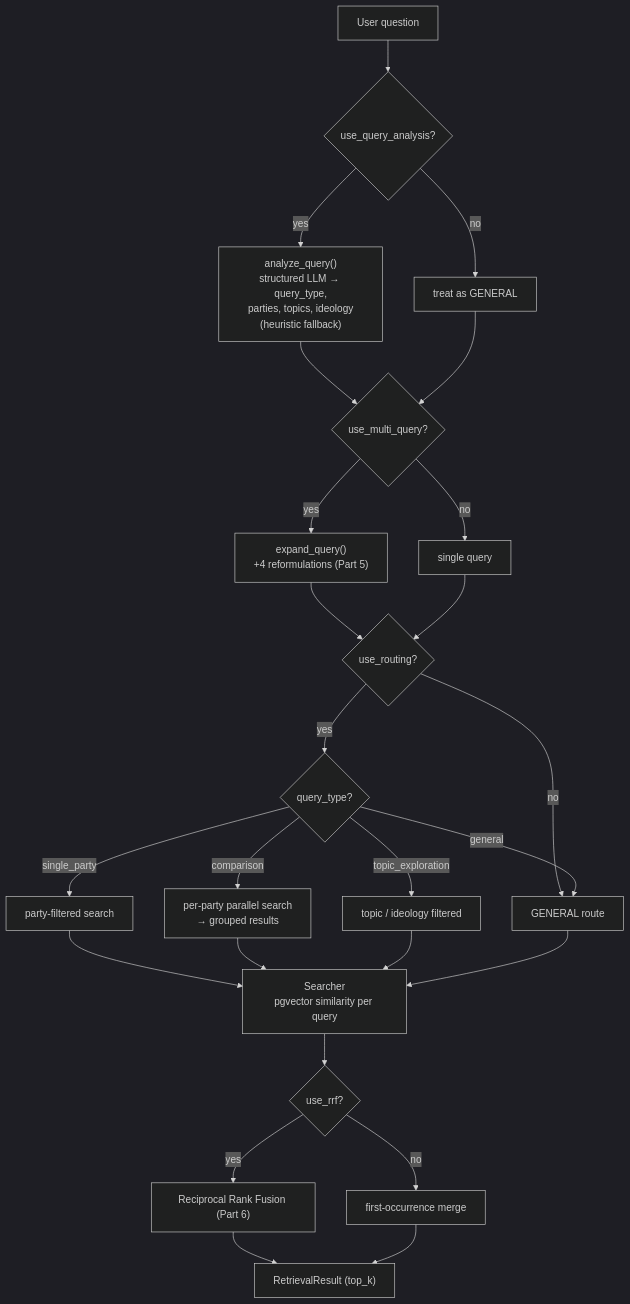
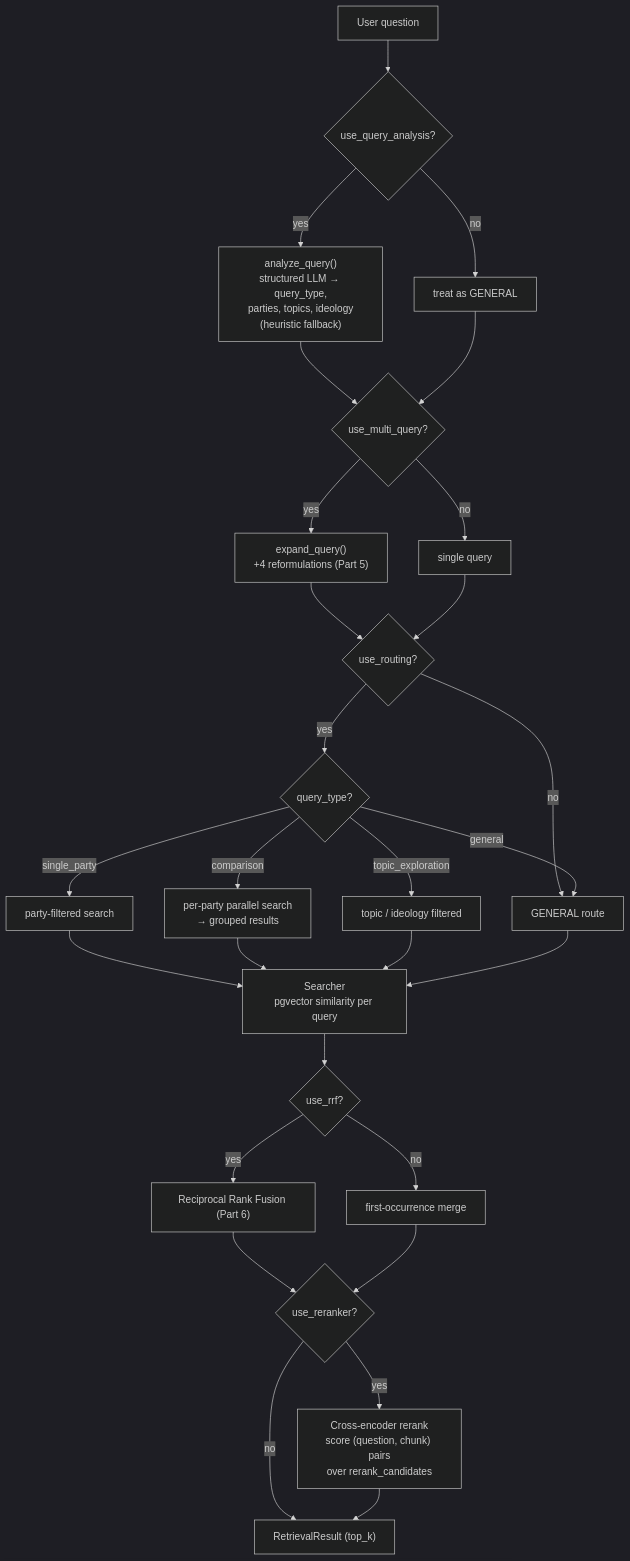
The third of 5 diagrams in docs/architecture.md (afonsoni/thesis), drawn with Mermaid (dark theme) before and after one commit. The commit also changed other lines of this file and 12 other files, not shown here.

````diff
--- a/docs/architecture.md
+++ b/docs/architecture.md
@@ -83,32 +83,35 @@
 ```mermaid
 flowchart TD
     Q["User question"] --> AQ{"use_query_analysis?"}
     AQ -->|yes| AN["analyze_query()<br/>structured LLM → query_type,<br/>parties, topics, ideology<br/>(heuristic fallback)"]
     AQ -->|no| GEN0["treat as GENERAL"]
 
     AN --> MQ{"use_multi_query?"}
     GEN0 --> MQ
     MQ -->|yes| EX["expand_query()<br/>+4 reformulations (Part 5)"]
     MQ -->|no| ONE["single query"]
 
     EX --> RT{"use_routing?"}
     ONE --> RT
     RT -->|no| G["GENERAL route"]
     RT -->|yes| TYPE{"query_type?"}
 
     TYPE -->|single_party| SP["party-filtered search"]
     TYPE -->|comparison| CMP["per-party parallel search<br/>→ grouped results"]
     TYPE -->|topic_exploration| TP["topic / ideology filtered"]
     TYPE -->|general| G
 
     SP --> S["Searcher<br/>pgvector similarity per query"]
     CMP --> S
     TP --> S
     G --> S
 
     S --> RRF{"use_rrf?"}
     RRF -->|yes| FUSE["Reciprocal Rank Fusion (Part 6)"]
     RRF -->|no| ORDER["first-occurrence merge"]
-    FUSE --> RES["RetrievalResult (top_k)"]
-    ORDER --> RES
+    FUSE --> RR{"use_reranker?"}
+    ORDER --> RR
+    RR -->|no| RES["RetrievalResult (top_k)"]
+    RR -->|yes| CE["Cross-encoder rerank<br/>score (question, chunk) pairs<br/>over rerank_candidates"]
+    CE --> RES
 ```
````
